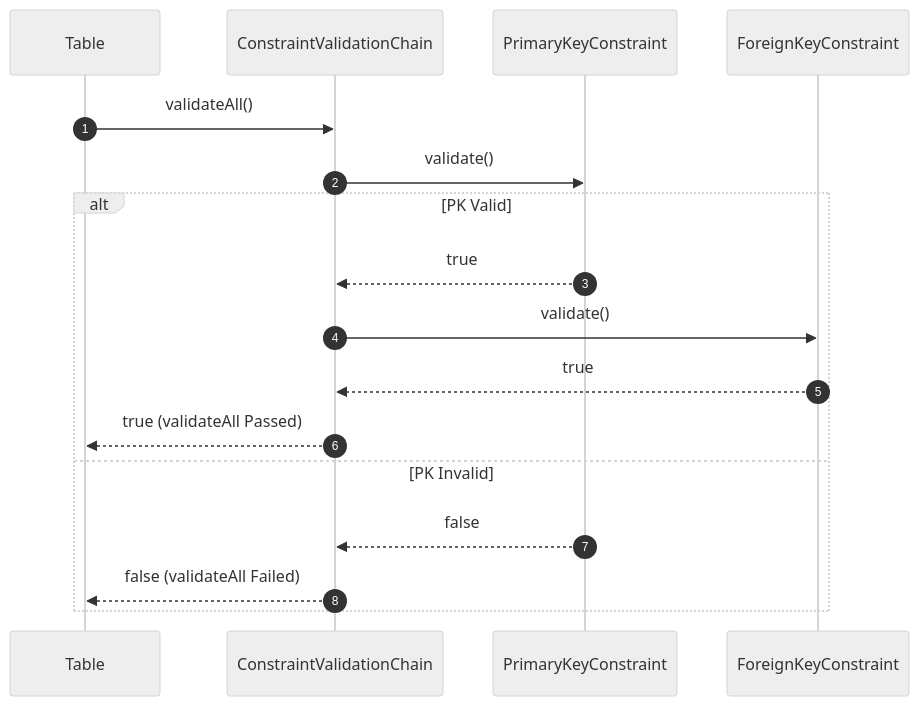
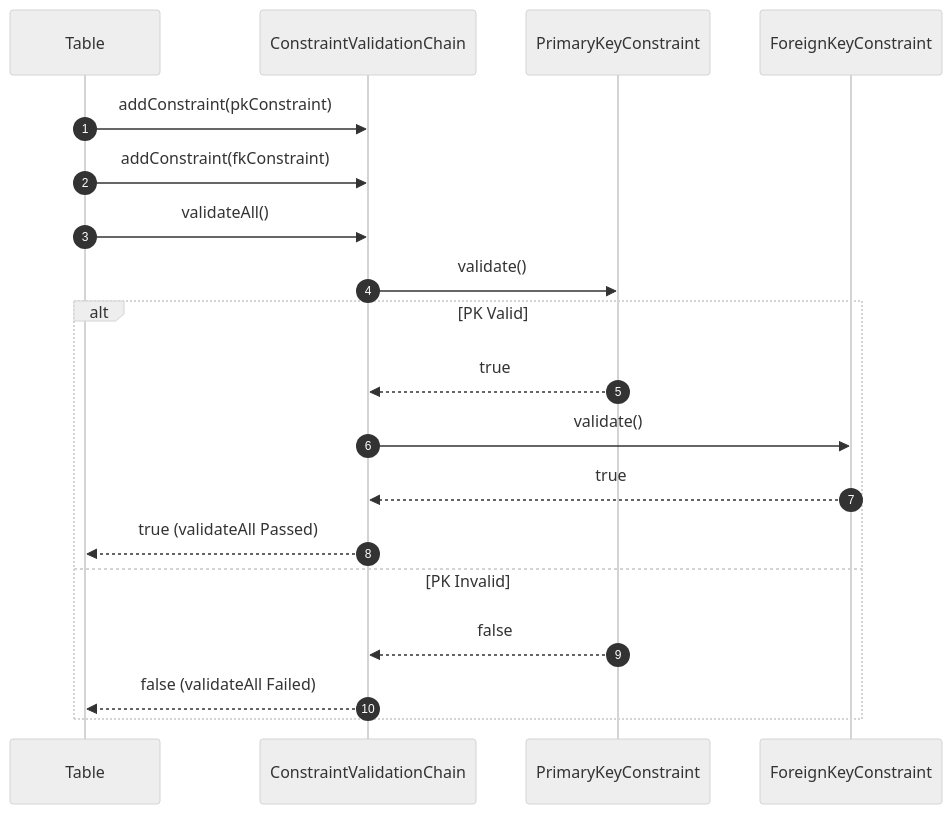
One commit to Dikhang1112/Database_Management_BBV changed diagram 13 of 15 in docs/design_patterns/metadata/Sequece.md. Above: the diagram before and after it, drawn with Mermaid (neutral theme). The commit also changed other lines of this file and 7 other files, not shown here.

Commit message:
Implement class diagram for metadata - database object

````diff
--- a/docs/design_patterns/metadata/Sequece.md
+++ b/docs/design_patterns/metadata/Sequece.md
@@ -308,20 +311,22 @@
 ```mermaid
 sequenceDiagram
     autonumber
     participant Table as Table
     participant Chain as ConstraintValidationChain
     participant PK as PrimaryKeyConstraint
     participant FK as ForeignKeyConstraint
 
+    Table->>Chain: addConstraint(pkConstraint)
+    Table->>Chain: addConstraint(fkConstraint)
     Table->>Chain: validateAll()
     Chain->>PK: validate()
     alt PK Valid
         PK-->>Chain: true
         Chain->>FK: validate()
         FK-->>Chain: true
         Chain-->>Table: true (validateAll Passed)
     else PK Invalid
         PK-->>Chain: false
         Chain-->>Table: false (validateAll Failed)
     end
 ```
````
